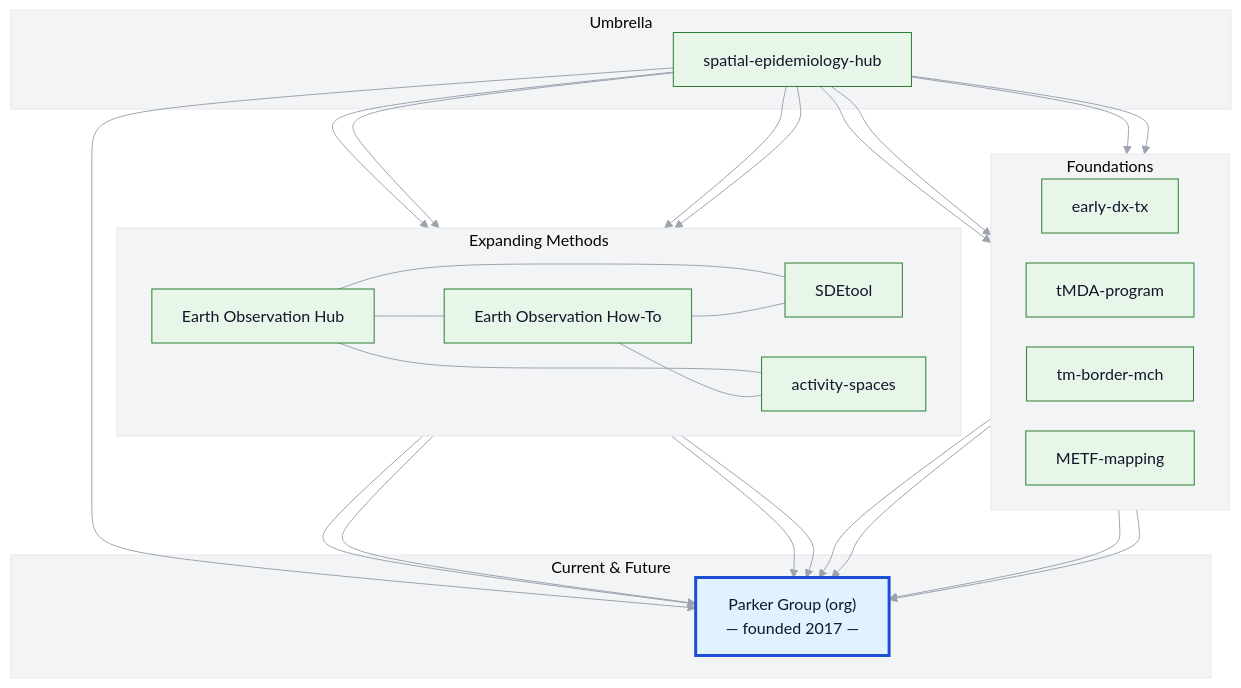
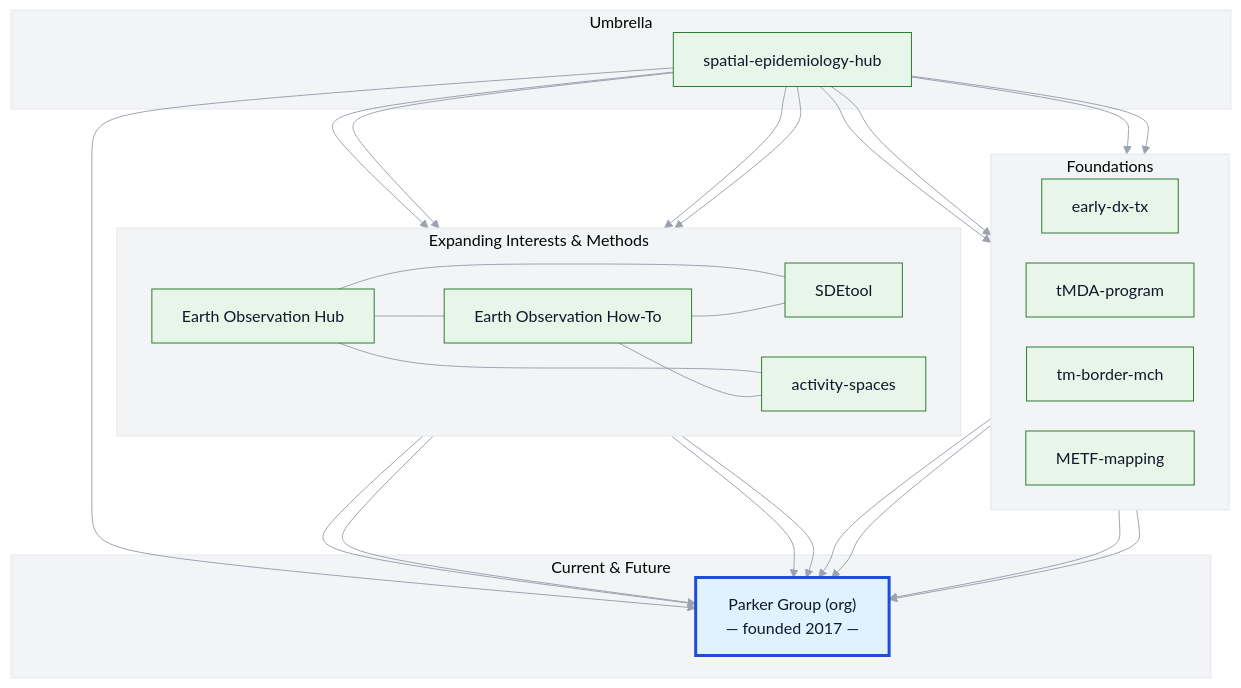
Before and after one commit to DMParker1/spatial-epidemiology-hub: the diagram in README.md, drawn with Mermaid.

````diff
--- a/README.md
+++ b/README.md
@@ -48,71 +48,71 @@
 ```mermaid
 %%{init: {"theme":"base","themeVariables": {
   "background":"#FAFAFA","clusterBkg":"#F3F4F6","clusterBorder":"#E5E7EB",
   "primaryColor":"#E8F5E9","primaryBorderColor":"#2E7D32",
   "primaryTextColor":"#0F172A","lineColor":"#9CA3AF"
 }, "flowchart":{"rankSpacing":45,"nodeSpacing":30}}}%%
 flowchart TB
   subgraph A[Foundations]
     direction LR
     EDT["early-dx-tx"]
     tMDA["tMDA-program"]
     MCH["tm-border-mch"]
     METF["METF-mapping"]
   end
-  subgraph B[Expanding Methods]
+  subgraph B[Expanding Interests & Methods]
     direction LR
     EO["Earth Observation Hub"]
     HOWTO["Earth Observation How-To"]
     SDE["SDEtool"]
     AS["activity-spaces"]
   end
   subgraph C[Umbrella]
     GIS["spatial-epidemiology-hub"]
   end
   subgraph D[Current & Future]
     PG["Parker Group (org)\n— founded 2017 —"]:::pg
   end
 
   %% Umbrella links
   GIS --> EDT
   GIS --> tMDA
   GIS --> MCH
   GIS --> METF
   GIS --> EO
   GIS --> HOWTO
   GIS --> SDE
   GIS --> AS
   GIS --> PG
 
   %% Method interplay
   EO --- HOWTO
   EO --- SDE
   EO --- AS
   HOWTO --- SDE
   HOWTO --- AS
 
   %% Convergence to Parker Group
   EO --> PG
   HOWTO --> PG
   SDE --> PG
   AS --> PG
   METF --> PG
   tMDA --> PG
   EDT --> PG
   MCH --> PG
 
   %% Clickable links
   click GIS "https://github.com/DMParker1/spatial-epidemiology-hub" "spatial-epidemiology-hub"
   click EDT "https://github.com/DMParker1/early-dx-tx" "early-dx-tx repository"
   click tMDA "https://github.com/DMParker1/tmda-program" "tMDA-program repository"
   click MCH "https://github.com/DMParker1/tm-border-mch" "tm-border-mch repository"
   click METF "https://github.com/DMParker1/METF-mapping" "METF-mapping repository"
   click EO "https://github.com/DMParker1/earth-observation-hub" "Earth Observation Hub"
   click HOWTO "https://github.com/parker-group/earth-observation-howto" "EO How-To Guides"
   click SDE "https://github.com/parker-group/SDEtool" "SDEtool package"
   click AS "https://github.com/DMParker1/activity-spaces" "activity-spaces repository"
   click PG "https://github.com/parker-group" "Parker Group organization"
 
   %% Highlight Parker Group node
   classDef pg fill:#E0F2FE,stroke:#1D4ED8,stroke-width:3px;
 ```
````
